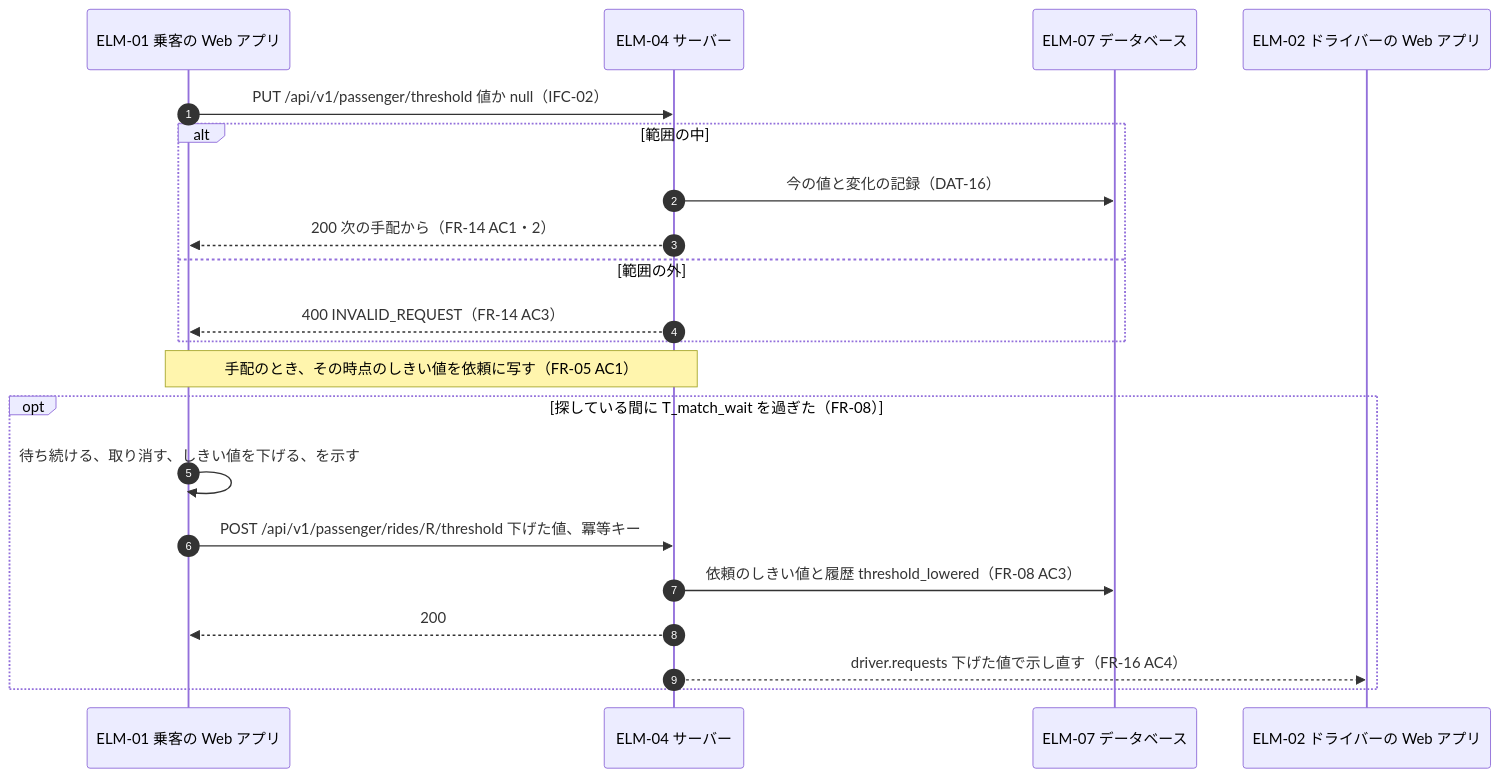
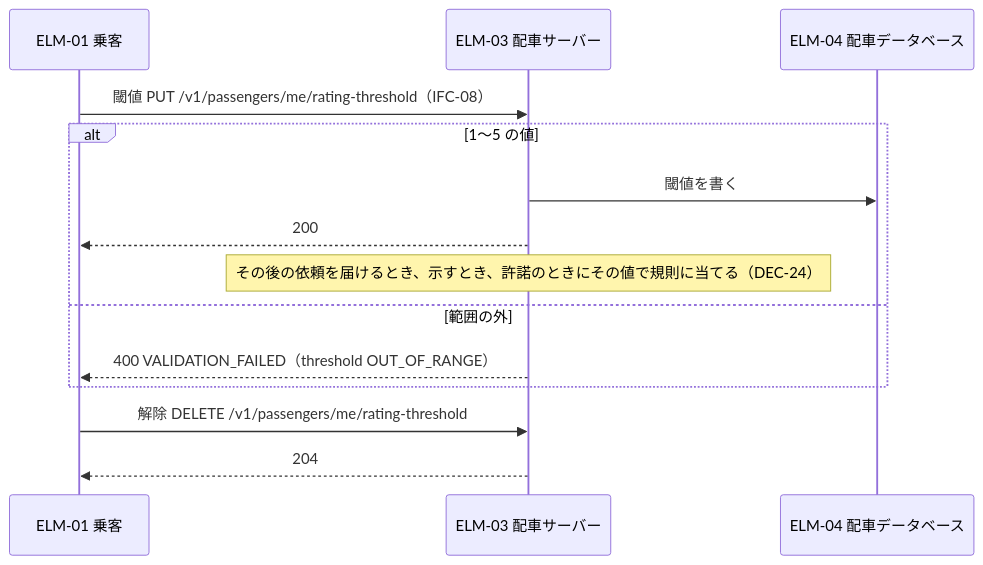
The ninth of 58 diagrams in skills/design-summary-html/evals/ride-hailing-full/files/docs/design/3-high-level-design.md (Taro000/chain-summary-html), drawn with Mermaid before and after one commit. The commit also changed other lines of this file and 1073 other files, not shown here.

````diff
--- a/skills/design-summary-html/evals/ride-hailing-full/files/docs/design/3-high-level-design.md
+++ b/skills/design-summary-html/evals/ride-hailing-full/files/docs/design/3-high-level-design.md
@@ -846,23 +446,16 @@
 ```mermaid
 sequenceDiagram
-  autonumber
-  participant PA as ELM-01 乗客の Web アプリ
-  participant SRV as ELM-04 サーバー
-  participant DB as ELM-07 データベース
-  participant DA as ELM-02 ドライバーの Web アプリ
-  PA->>SRV: PUT /api/v1/passenger/threshold 値か null（IFC-02）
-  alt 範囲の中
-    SRV->>DB: 今の値と変化の記録（DAT-16）
-    SRV-->>PA: 200 次の手配から（FR-14 AC1・2）
+  participant P as ELM-01 乗客
+  participant S as ELM-03 配車サーバー
+  participant DB as ELM-04 配車データベース
+  P->>S: 閾値 PUT /v1/passengers/me/rating-threshold（IFC-08）
+  alt 1〜5 の値
+    S->>DB: 閾値を書く
+    S-->>P: 200
+    Note over S: その後の依頼を届けるとき、示すとき、許諾のときにその値で規則に当てる（DEC-24）
   else 範囲の外
-    SRV-->>PA: 400 INVALID_REQUEST（FR-14 AC3）
+    S-->>P: 400 VALIDATION_FAILED（threshold OUT_OF_RANGE）
   end
-  Note over PA,SRV: 手配のとき、その時点のしきい値を依頼に写す（FR-05 AC1）
-  opt 探している間に T_match_wait を過ぎた（FR-08）
-    PA->>PA: 待ち続ける、取り消す、しきい値を下げる、を示す
-    PA->>SRV: POST /api/v1/passenger/rides/R/threshold 下げた値、冪等キー
-    SRV->>DB: 依頼のしきい値と履歴 threshold_lowered（FR-08 AC3）
-    SRV-->>PA: 200
-    SRV-->>DA: driver.requests 下げた値で示し直す（FR-16 AC4）
-  end
+  P->>S: 解除 DELETE /v1/passengers/me/rating-threshold
+  S-->>P: 204
 ```
````
